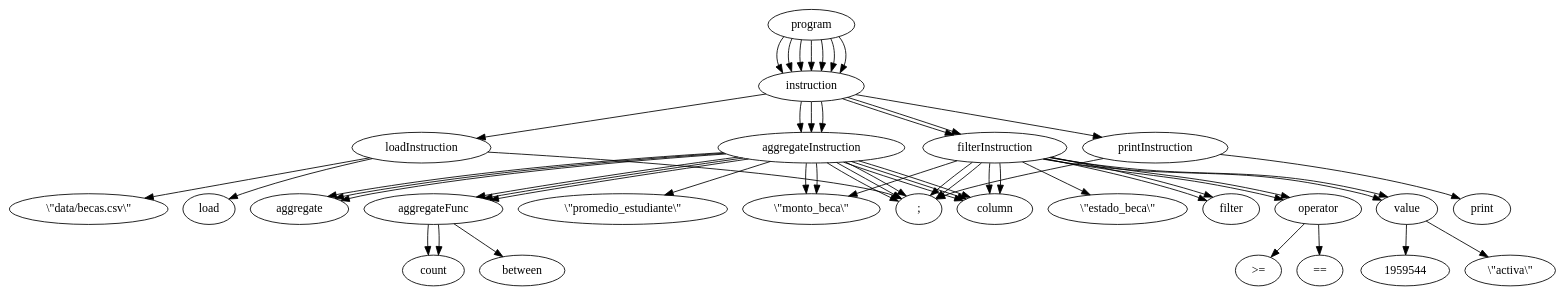
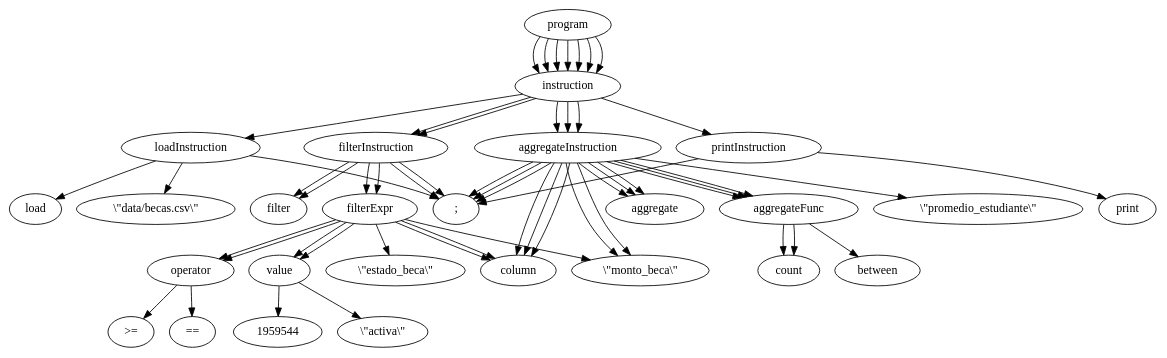
The diagram in doc/script1_tree.dot (jhonortiz12/mini-compilador-becas-dsl), drawn with Graphviz before and after one commit. The commit also changed 17 other files, not shown here.

```diff
--- a/doc/script1_tree.dot
+++ b/doc/script1_tree.dot
@@ -1,109 +1,113 @@
 digraph tree {
     "program";
     "instruction";
     "loadInstruction";
     "load";
     "\\\"data/becas.csv\\\"";
     ";";
     "instruction";
     "filterInstruction";
     "filter";
+    "filterExpr";
     "column";
     "\\\"monto_beca\\\"";
     "operator";
     ">=";
     "value";
     "1959544";
     ";";
     "instruction";
     "filterInstruction";
     "filter";
+    "filterExpr";
     "column";
     "\\\"estado_beca\\\"";
     "operator";
     "==";
     "value";
     "\\\"activa\\\"";
     ";";
     "instruction";
     "aggregateInstruction";
     "aggregate";
     "aggregateFunc";
     "count";
     "column";
     "\\\"monto_beca\\\"";
     ";";
     "instruction";
     "aggregateInstruction";
     "aggregate";
     "aggregateFunc";
     "count";
     "column";
     "\\\"promedio_estudiante\\\"";
     ";";
     "instruction";
     "aggregateInstruction";
     "aggregate";
     "aggregateFunc";
     "between";
     "column";
     "\\\"monto_beca\\\"";
     ";";
     "instruction";
     "printInstruction";
     "print";
     ";";
     "program" -> "instruction";
     "program" -> "instruction";
     "program" -> "instruction";
     "program" -> "instruction";
     "program" -> "instruction";
     "program" -> "instruction";
     "program" -> "instruction";
     "instruction" -> "loadInstruction";
     "loadInstruction" -> "load";
     "loadInstruction" -> "\\\"data/becas.csv\\\"";
     "loadInstruction" -> ";";
     "instruction" -> "filterInstruction";
     "filterInstruction" -> "filter";
-    "filterInstruction" -> "column";
-    "filterInstruction" -> "\\\"monto_beca\\\"";
-    "filterInstruction" -> "operator";
-    "filterInstruction" -> "value";
+    "filterInstruction" -> "filterExpr";
     "filterInstruction" -> ";";
+    "filterExpr" -> "column";
+    "filterExpr" -> "\\\"monto_beca\\\"";
+    "filterExpr" -> "operator";
+    "filterExpr" -> "value";
     "operator" -> ">=";
     "value" -> "1959544";
     "instruction" -> "filterInstruction";
     "filterInstruction" -> "filter";
-    "filterInstruction" -> "column";
-    "filterInstruction" -> "\\\"estado_beca\\\"";
-    "filterInstruction" -> "operator";
-    "filterInstruction" -> "value";
+    "filterInstruction" -> "filterExpr";
     "filterInstruction" -> ";";
+    "filterExpr" -> "column";
+    "filterExpr" -> "\\\"estado_beca\\\"";
+    "filterExpr" -> "operator";
+    "filterExpr" -> "value";
     "operator" -> "==";
     "value" -> "\\\"activa\\\"";
     "instruction" -> "aggregateInstruction";
     "aggregateInstruction" -> "aggregate";
     "aggregateInstruction" -> "aggregateFunc";
     "aggregateInstruction" -> "column";
     "aggregateInstruction" -> "\\\"monto_beca\\\"";
     "aggregateInstruction" -> ";";
     "aggregateFunc" -> "count";
     "instruction" -> "aggregateInstruction";
     "aggregateInstruction" -> "aggregate";
     "aggregateInstruction" -> "aggregateFunc";
     "aggregateInstruction" -> "column";
     "aggregateInstruction" -> "\\\"promedio_estudiante\\\"";
     "aggregateInstruction" -> ";";
     "aggregateFunc" -> "count";
     "instruction" -> "aggregateInstruction";
     "aggregateInstruction" -> "aggregate";
     "aggregateInstruction" -> "aggregateFunc";
     "aggregateInstruction" -> "column";
     "aggregateInstruction" -> "\\\"monto_beca\\\"";
     "aggregateInstruction" -> ";";
     "aggregateFunc" -> "between";
     "instruction" -> "printInstruction";
     "printInstruction" -> "print";
     "printInstruction" -> ";";
 }
```
